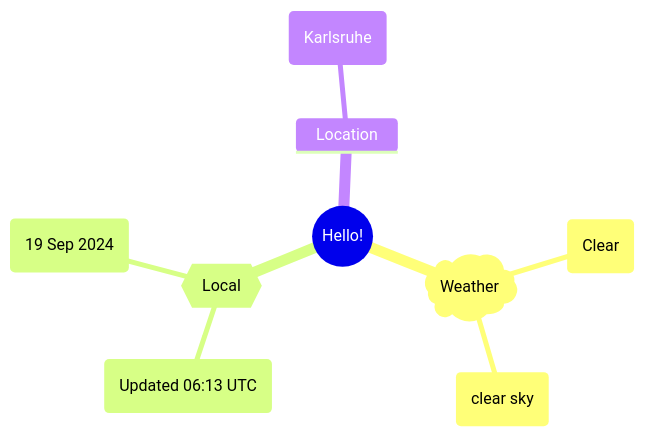
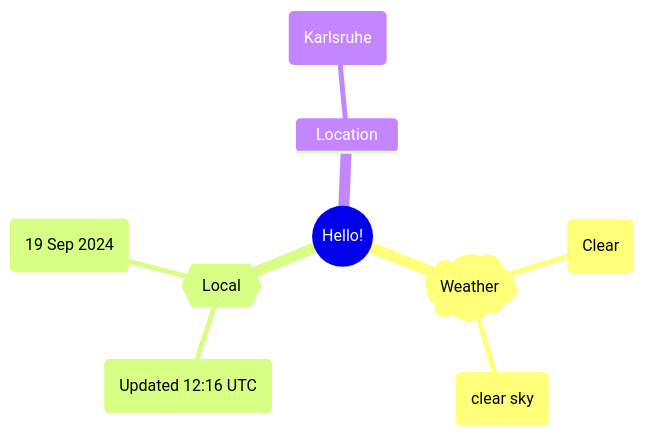
Before and after one commit to Xosrov/Xosrov: the first of 2 diagrams in README.md, drawn with Mermaid.

Commit message:
[bot] updated images

````diff
--- a/README.md
+++ b/README.md
@@ -3,12 +3,12 @@
 ```mermaid
 mindmap
   root((Hello!))
     )Weather(
         (Clear)
         (clear sky)
     {{Local}}
-        (Updated 06:13 UTC)
+        (Updated 12:16 UTC)
         (19 Sep 2024)
     Location
         (Karlsruhe)
 ```
````
